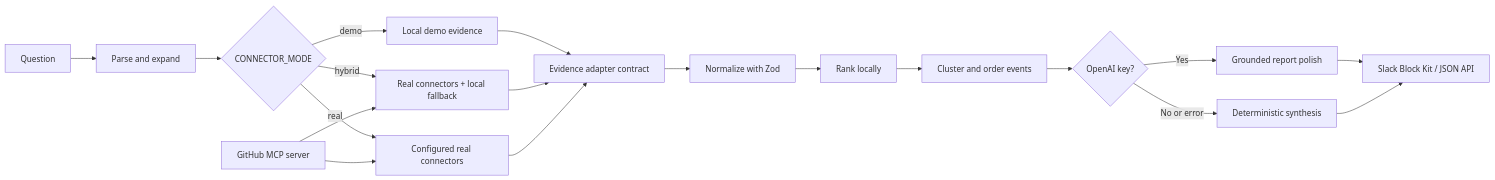
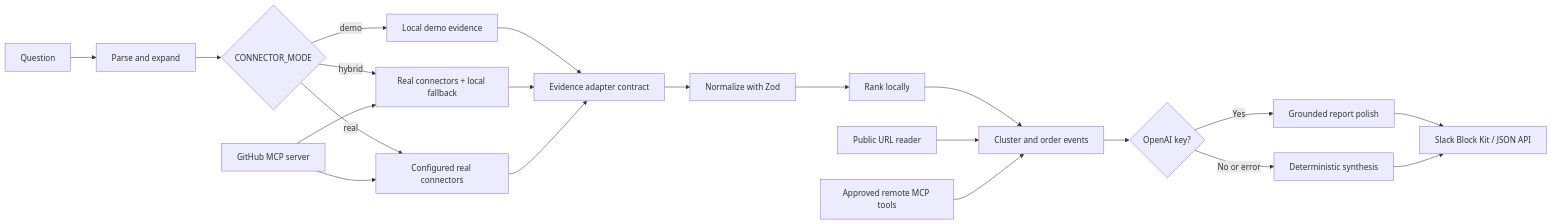
The diagram in ARCHITECTURE.md (kjblue3/agentkj), drawn with Mermaid before and after one commit. The commit also changed other lines of this file and 29 other files, not shown here.

````diff
--- a/ARCHITECTURE.md
+++ b/ARCHITECTURE.md
@@ -5,21 +5,23 @@
 ```mermaid
 flowchart LR
   Q[Question] --> P[Parse and expand]
   P --> M{CONNECTOR_MODE}
   M -->|demo| D[Local demo evidence]
   M -->|hybrid| H[Real connectors + local fallback]
   M -->|real| X[Configured real connectors]
   G[GitHub MCP server] --> H
   G --> X
   D --> C[Evidence adapter contract]
   H --> C
   X --> C
   C --> N[Normalize with Zod]
   N --> R[Rank locally]
   R --> T[Cluster and order events]
+  L[Public URL reader] --> T
+  U2[Approved remote MCP tools] --> T
   T --> S{OpenAI key?}
   S -->|Yes| O[Grounded report polish]
   S -->|No or error| F[Deterministic synthesis]
   O --> U[Slack Block Kit / JSON API]
   F --> U
 ```
````
